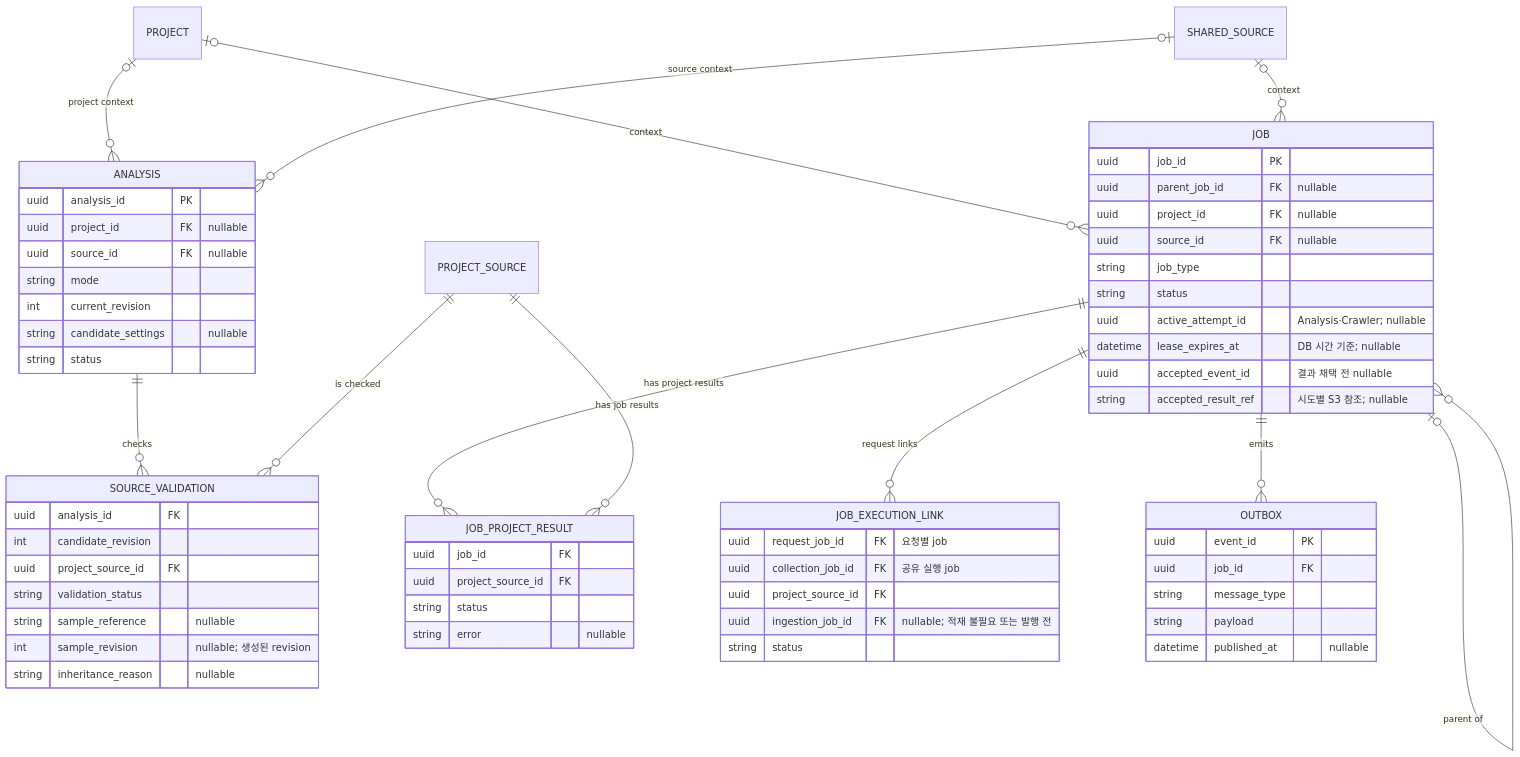
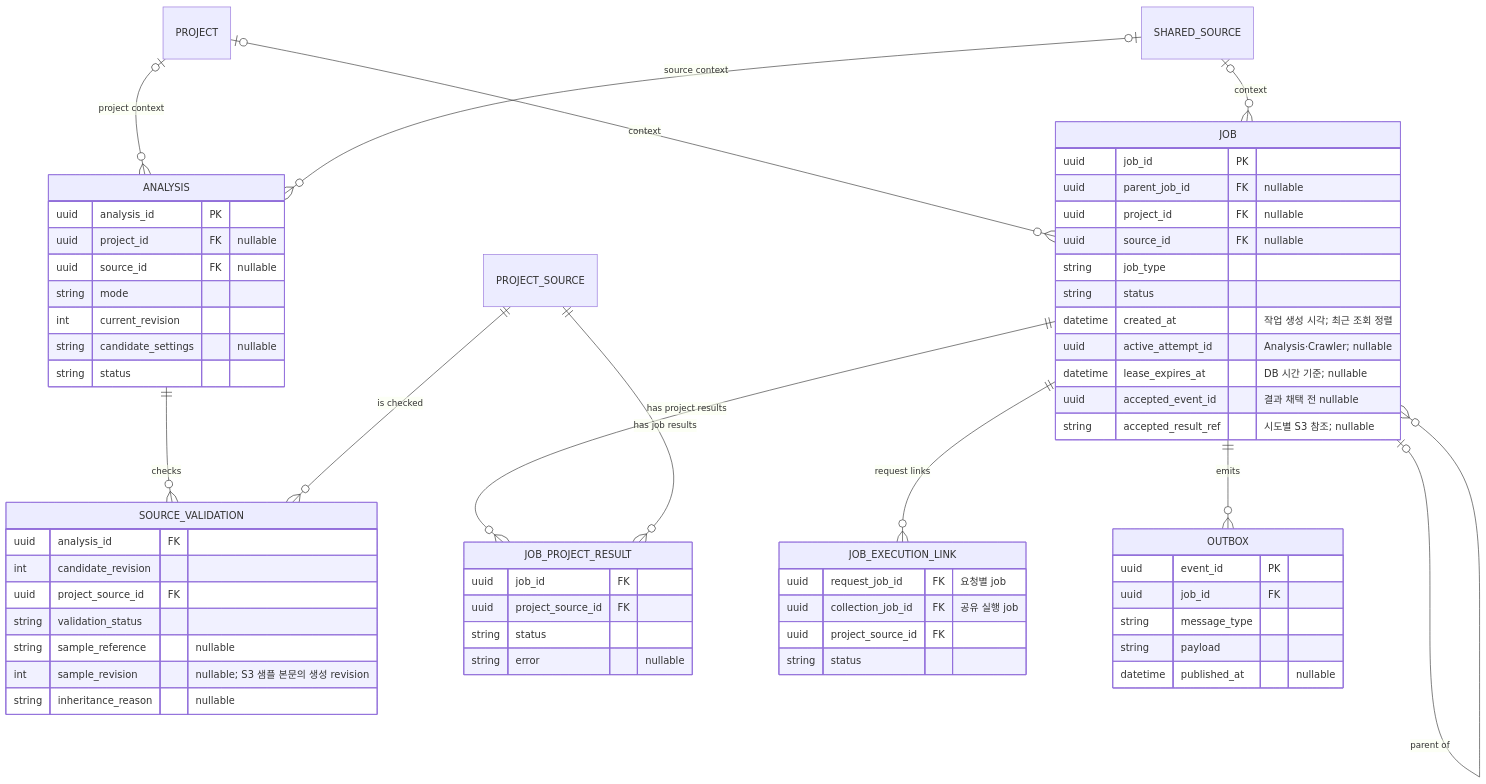
The third of 4 diagrams in docs/erd-initial-design.md (GecSchool/Weavo), drawn with Mermaid before and after one commit. The commit also changed other lines of this file and 8 other files, not shown here.

````diff
--- a/docs/erd-initial-design.md
+++ b/docs/erd-initial-design.md
@@ -152,65 +152,65 @@
 ```mermaid
 erDiagram
     PROJECT o|--o{ ANALYSIS : "project context"
     SHARED_SOURCE o|--o{ ANALYSIS : "source context"
     ANALYSIS ||--o{ SOURCE_VALIDATION : "checks"
     PROJECT_SOURCE ||--o{ SOURCE_VALIDATION : "is checked"
     JOB o|--o{ JOB : "parent of"
     PROJECT o|--o{ JOB : "context"
     SHARED_SOURCE o|--o{ JOB : "context"
     JOB ||--o{ JOB_PROJECT_RESULT : "has project results"
     JOB ||--o{ JOB_EXECUTION_LINK : "request links"
     PROJECT_SOURCE ||--o{ JOB_PROJECT_RESULT : "has job results"
     JOB ||--o{ OUTBOX : "emits"
 
     ANALYSIS {
         uuid analysis_id PK
         uuid project_id FK "nullable"
         uuid source_id FK "nullable"
         string mode
         int current_revision
         string candidate_settings "nullable"
         string status
     }
     SOURCE_VALIDATION {
         uuid analysis_id FK
         int candidate_revision
         uuid project_source_id FK
         string validation_status
         string sample_reference "nullable"
-        int sample_revision "nullable; 생성된 revision"
+        int sample_revision "nullable; S3 샘플 본문의 생성 revision"
         string inheritance_reason "nullable"
     }
     JOB {
         uuid job_id PK
         uuid parent_job_id FK "nullable"
         uuid project_id FK "nullable"
         uuid source_id FK "nullable"
         string job_type
         string status
+        datetime created_at "작업 생성 시각; 최근 조회 정렬"
         uuid active_attempt_id "Analysis·Crawler; nullable"
         datetime lease_expires_at "DB 시간 기준; nullable"
         uuid accepted_event_id "결과 채택 전 nullable"
         string accepted_result_ref "시도별 S3 참조; nullable"
     }
     JOB_EXECUTION_LINK {
         uuid request_job_id FK "요청별 job"
         uuid collection_job_id FK "공유 실행 job"
         uuid project_source_id FK
-        uuid ingestion_job_id FK "nullable; 적재 불필요 또는 발행 전"
         string status
     }
     JOB_PROJECT_RESULT {
         uuid job_id FK
         uuid project_source_id FK
         string status
         string error "nullable"
     }
     OUTBOX {
         uuid event_id PK
         uuid job_id FK
         string message_type
         string payload
         datetime published_at "nullable"
     }
 ```
````
